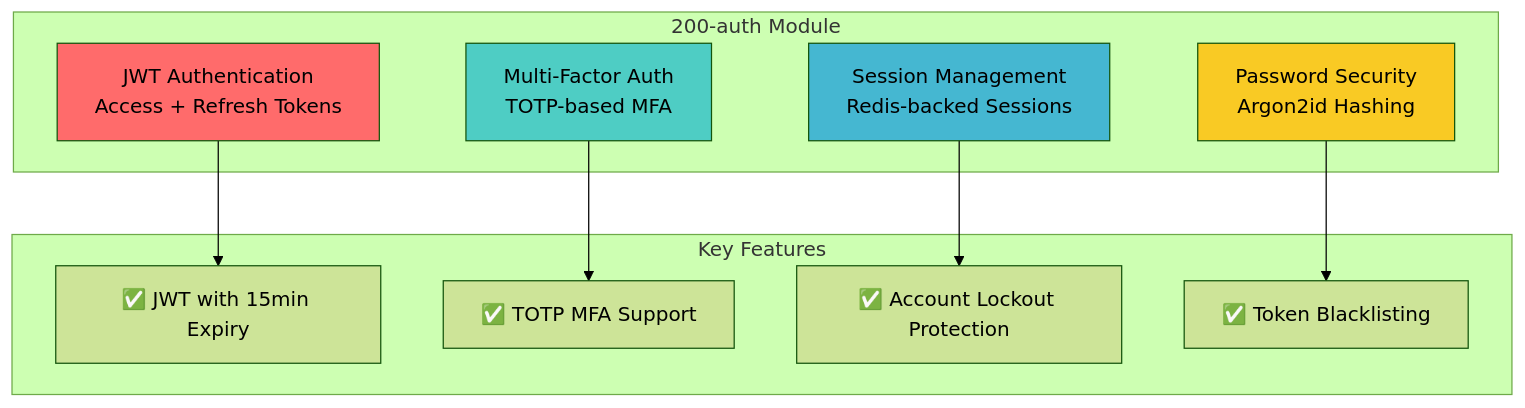
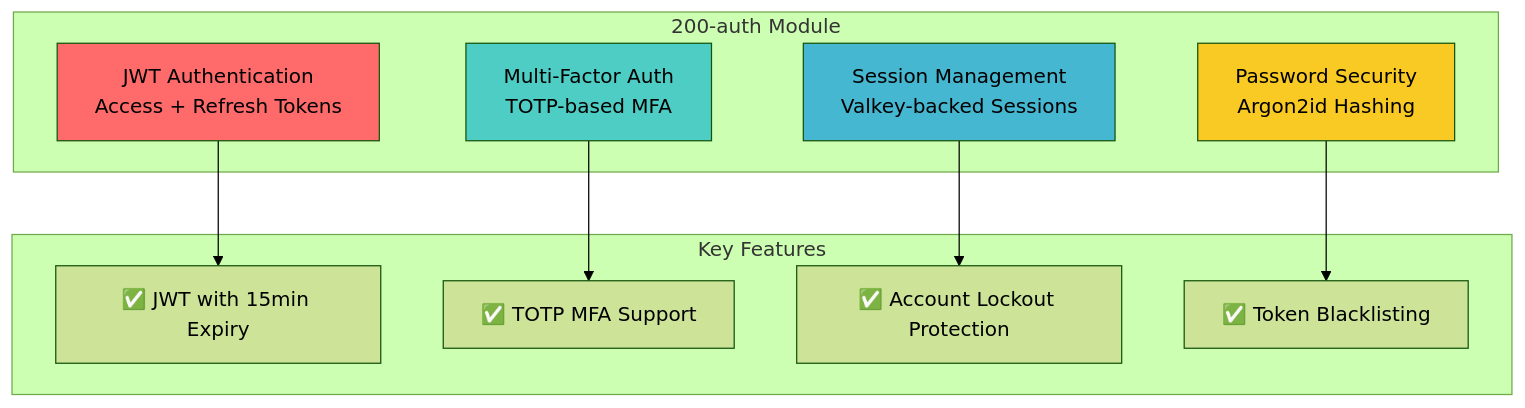
One commit to telemetryflow/telemetryflow-overview changed the first of 9 diagrams in backend/modules/200-auth.md. Above: the diagram before and after it, drawn with Mermaid (forest theme). The commit also changed other lines of this file and 23 other files, not shown here.

First line of the commit message:
docs: relabel Redis->Valkey in architecture/diagrams/prose (follow-up sweep)

````diff
--- a/backend/modules/200-auth.md
+++ b/backend/modules/200-auth.md
@@ -13,26 +13,26 @@
 ```mermaid
 graph TB
     subgraph "200-auth Module"
         A[JWT Authentication<br/>Access + Refresh Tokens]
         B[Multi-Factor Auth<br/>TOTP-based MFA]
-        C[Session Management<br/>Redis-backed Sessions]
+        C[Session Management<br/>Valkey-backed Sessions]
         D[Password Security<br/>Argon2id Hashing]
     end
 
     subgraph "Key Features"
         E[✅ JWT with 15min Expiry]
         F[✅ TOTP MFA Support]
         G[✅ Account Lockout Protection]
         H[✅ Token Blacklisting]
     end
 
     A --> E
     B --> F
     C --> G
     D --> H
 
     style A fill:#ff6b6b
     style B fill:#4ecdc4
     style C fill:#45b7d1
     style D fill:#f9ca24
 ```
````
